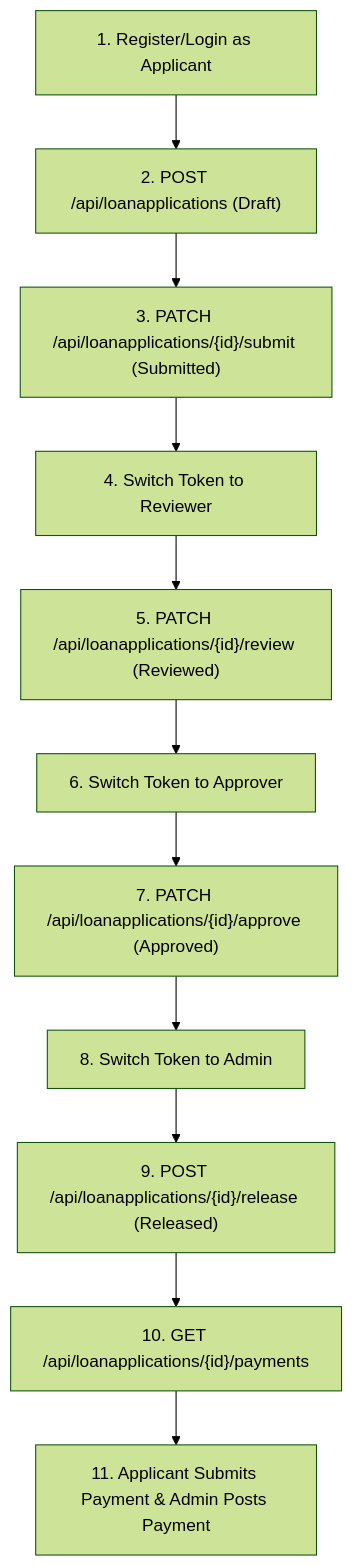
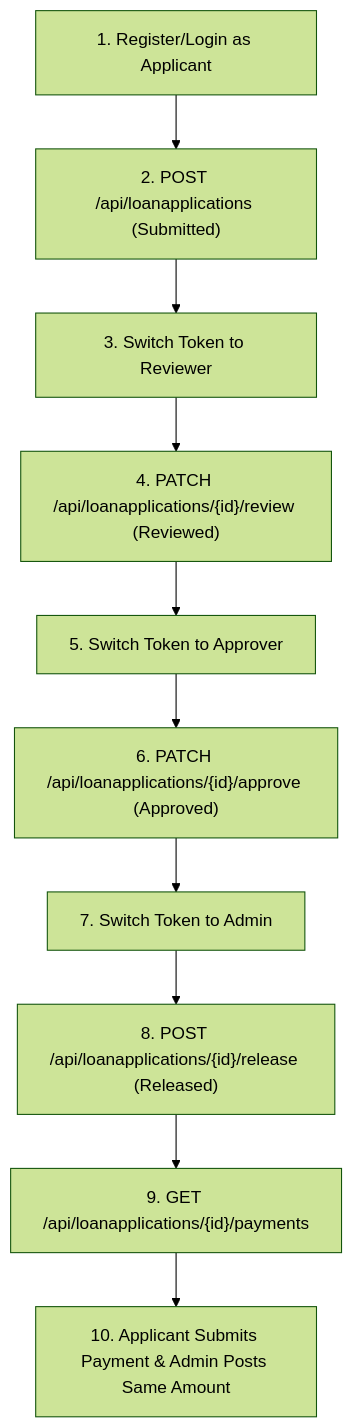
One commit to victorjosefcaro/LoanApplicationPlatform changed the diagram in QA_TESTING_GUIDE.md. Above: the diagram before and after it, drawn with Mermaid (forest theme). The commit also changed other lines of this file and 1 other file, not shown here.

Commit message:
docs: align QA workflow with current API

````diff
--- a/QA_TESTING_GUIDE.md
+++ b/QA_TESTING_GUIDE.md
@@ -78,13 +78,12 @@
 ```mermaid
 graph TD
-    A["1. Register/Login as Applicant"] --> B["2. POST /api/loanapplications (Draft)"]
-    B --> C["3. PATCH /api/loanapplications/{id}/submit (Submitted)"]
-    C --> D["4. Switch Token to Reviewer"]
-    D --> E["5. PATCH /api/loanapplications/{id}/review (Reviewed)"]
-    E --> F["6. Switch Token to Approver"]
-    F --> G["7. PATCH /api/loanapplications/{id}/approve (Approved)"]
-    G --> H["8. Switch Token to Admin"]
-    H --> I["9. POST /api/loanapplications/{id}/release (Released)"]
-    I --> J["10. GET /api/loanapplications/{id}/payments"]
-    J --> K["11. Applicant Submits Payment & Admin Posts Payment"]
+    A["1. Register/Login as Applicant"] --> B["2. POST /api/loanapplications (Submitted)"]
+    B --> C["3. Switch Token to Reviewer"]
+    C --> D["4. PATCH /api/loanapplications/{id}/review (Reviewed)"]
+    D --> E["5. Switch Token to Approver"]
+    E --> F["6. PATCH /api/loanapplications/{id}/approve (Approved)"]
+    F --> G["7. Switch Token to Admin"]
+    G --> H["8. POST /api/loanapplications/{id}/release (Released)"]
+    H --> I["9. GET /api/loanapplications/{id}/payments"]
+    I --> J["10. Applicant Submits Payment & Admin Posts Same Amount"]
 ```
````
